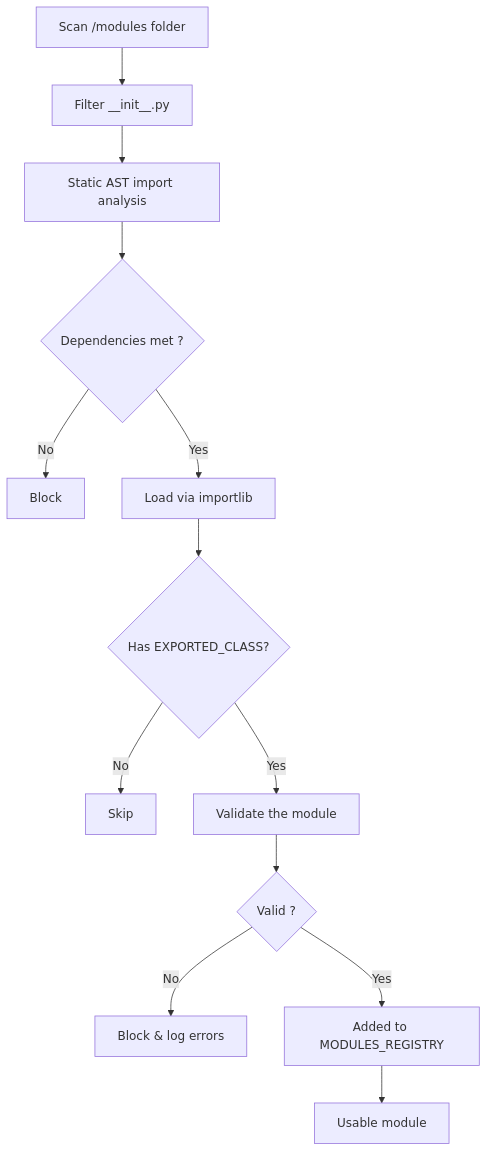
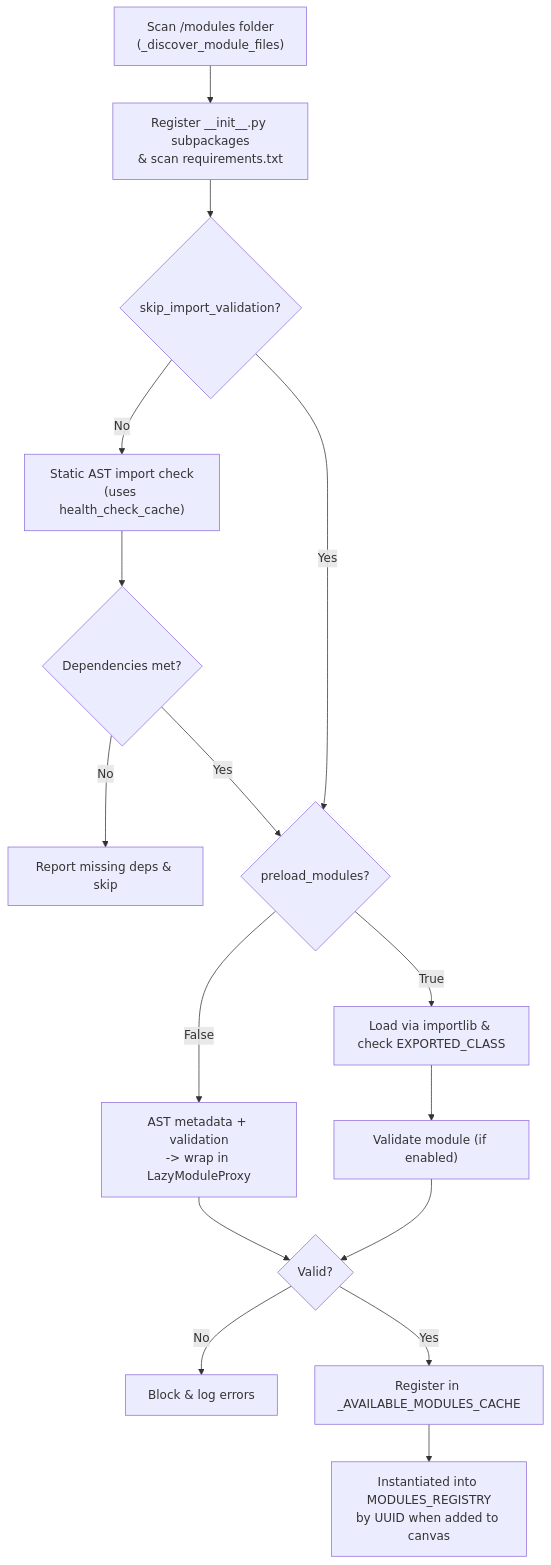
The second of 3 diagrams in docs/architecture.md (n3odym3/Pipeline_creator), drawn with Mermaid before and after one commit. The commit also changed other lines of this file and 18 other files, not shown here.

````diff
--- a/docs/architecture.md
+++ b/docs/architecture.md
@@ -111,15 +119,18 @@
 ```mermaid
 graph TD
-    A["Scan /modules folder"] --> B[Filter __init__.py]
-    B --> C[Static AST import analysis]
-    C --> D{Dependencies met ?}
-    D -- No --> E[Block]
-    D -- Yes --> F[Load via importlib]
-    F --> G{Has EXPORTED_CLASS?}
-    G -- No --> H[Skip]
-    G -- Yes --> I[Validate the module]
-    I --> J{Valid ?}
-    J -- No --> K[Block & log errors]
-    J -- Yes --> L[Added to MODULES_REGISTRY]
-    L --> M[Usable module]
+    A["Scan /modules folder\n(_discover_module_files)"] --> B["Register __init__.py subpackages\n& scan requirements.txt"]
+    B --> C{"skip_import_validation?"}
+    C -- No --> D["Static AST import check\n(uses health_check_cache)"]
+    D --> E{"Dependencies met?"}
+    E -- No --> F["Report missing deps & skip"]
+    E -- Yes --> G{"preload_modules?"}
+    C -- Yes --> G
+    G -- False --> H["AST metadata + validation\n-> wrap in LazyModuleProxy"]
+    G -- True --> I["Load via importlib & check EXPORTED_CLASS"]
+    I --> J["Validate module (if enabled)"]
+    H --> K{"Valid?"}
+    J --> K
+    K -- No --> L["Block & log errors"]
+    K -- Yes --> M["Register in _AVAILABLE_MODULES_CACHE"]
+    M --> N["Instantiated into MODULES_REGISTRY\nby UUID when added to canvas"]
 ```
````
